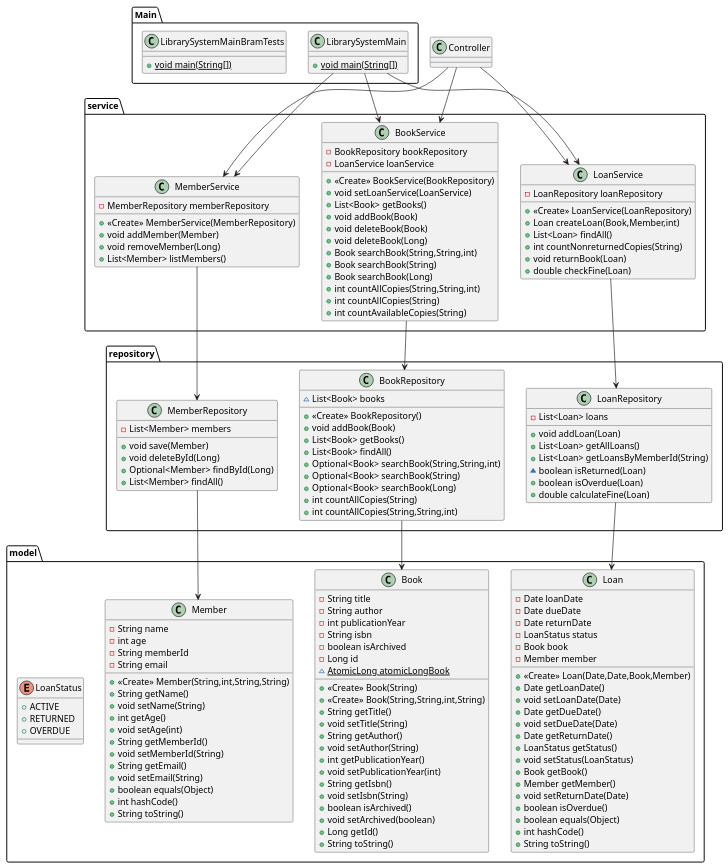
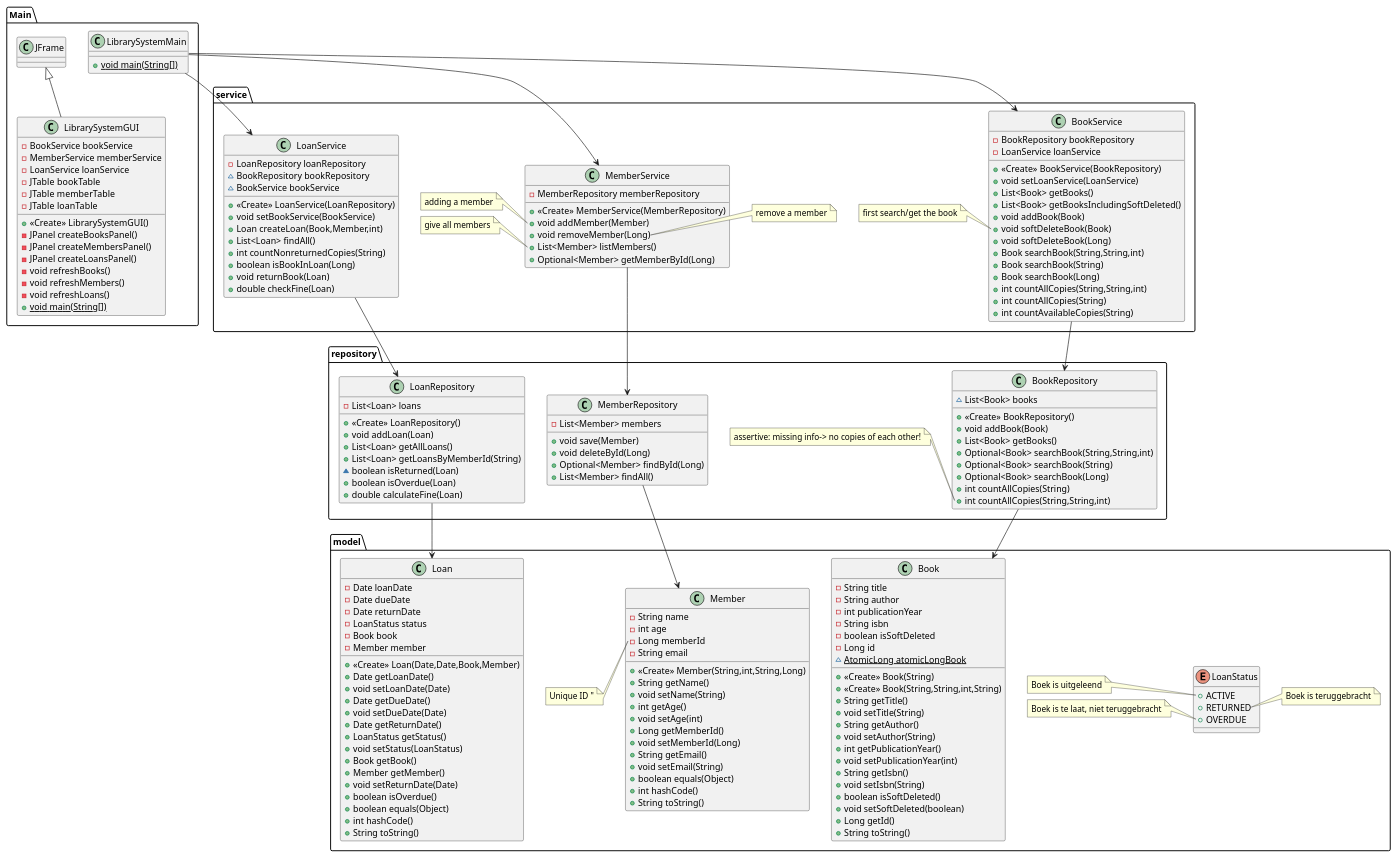
The diagram in src/uml/IntecPuntClassDiagramGenerated.puml (BramLab/IntecPunt), drawn with PlantUML before and after one commit. The commit also changed 1 other file, not shown here.

Commit message:
IntecPuntClassDiagramGenerated.puml

```diff
--- a/src/uml/IntecPuntClassDiagramGenerated.puml
+++ b/src/uml/IntecPuntClassDiagramGenerated.puml
@@ -3,10 +3,6 @@
 Main.LibrarySystemMain -> service.BookService
 Main.LibrarySystemMain --> service.MemberService
 Main.LibrarySystemMain --> service.LoanService
-
-Controller -> service.BookService
-Controller --> service.MemberService
-Controller --> service.LoanService
 
 service.BookService --> repository.BookRepository
 service.MemberService --> repository.MemberRepository
@@ -16,10 +12,141 @@
 repository.MemberRepository --> model.Member
 repository.LoanRepository --> model.Loan
 
+class repository.LoanRepository {
+- List<Loan> loans
++ <<Create>> LoanRepository()
++ void addLoan(Loan)
++ List<Loan> getAllLoans()
++ List<Loan> getLoansByMemberId(String)
+~ boolean isReturned(Loan)
++ boolean isOverdue(Loan)
++ double calculateFine(Loan)
+}
 
-class Main.LibrarySystemMainBramTests {
+
+class model.Book {
+- String title
+- String author
+- int publicationYear
+- String isbn
+- boolean isSoftDeleted
+- Long id
+~ {static} AtomicLong atomicLongBook
++ <<Create>> Book(String)
++ <<Create>> Book(String,String,int,String)
++ String getTitle()
++ void setTitle(String)
++ String getAuthor()
++ void setAuthor(String)
++ int getPublicationYear()
++ void setPublicationYear(int)
++ String getIsbn()
++ void setIsbn(String)
++ boolean isSoftDeleted()
++ void setSoftDeleted(boolean)
++ Long getId()
++ String toString()
+}
+
+
+class Main.LibrarySystemGUI {
+- BookService bookService
+- MemberService memberService
+- LoanService loanService
+- JTable bookTable
+- JTable memberTable
+- JTable loanTable
++ <<Create>> LibrarySystemGUI()
+- JPanel createBooksPanel()
+- JPanel createMembersPanel()
+- JPanel createLoansPanel()
+- void refreshBooks()
+- void refreshMembers()
+- void refreshLoans()
 + {static} void main(String[])
 }
+
+
+class service.LoanService {
+- LoanRepository loanRepository
+~ BookRepository bookRepository
+~ BookService bookService
++ <<Create>> LoanService(LoanRepository)
++ void setBookService(BookService)
++ Loan createLoan(Book,Member,int)
++ List<Loan> findAll()
++ int countNonreturnedCopies(String)
++ boolean isBookInLoan(Long)
++ void returnBook(Loan)
++ double checkFine(Loan)
+}
+
+
+class repository.MemberRepository {
+- List<Member> members
++ void save(Member)
++ void deleteById(Long)
++ Optional<Member> findById(Long)
++ List<Member> findAll()
+}
+
+
+enum model.LoanStatus {
++  ACTIVE
++  RETURNED
++  OVERDUE
+}
+note left of model.LoanStatus::ACTIVE
+ Boek is uitgeleend
+end note
+note right of model.LoanStatus::RETURNED
+ Boek is teruggebracht
+end note
+note left of model.LoanStatus::OVERDUE
+ Boek is te laat, niet teruggebracht
+end note
+
+class Main.LibrarySystemMain {
++ {static} void main(String[])
+}
+
+class service.BookService {
+- BookRepository bookRepository
+- LoanService loanService
++ <<Create>> BookService(BookRepository)
++ void setLoanService(LoanService)
++ List<Book> getBooks()
++ List<Book> getBooksIncludingSoftDeleted()
++ void addBook(Book)
++ void softDeleteBook(Book)
++ void softDeleteBook(Long)
++ Book searchBook(String,String,int)
++ Book searchBook(String)
++ Book searchBook(Long)
++ int countAllCopies(String,String,int)
++ int countAllCopies(String)
++ int countAvailableCopies(String)
+}
+
+note left of service.BookService::softDeleteBook(Book)
+ first search/get the book
+end note
+
+class repository.BookRepository {
+~ List<Book> books
++ <<Create>> BookRepository()
++ void addBook(Book)
++ List<Book> getBooks()
++ Optional<Book> searchBook(String,String,int)
++ Optional<Book> searchBook(String)
++ Optional<Book> searchBook(Long)
++ int countAllCopies(String)
++ int countAllCopies(String,String,int)
+}
+
+note left of repository.BookRepository::countAllCopies(String,String,int)
+ assertive: missing info-> no copies of each other!
+end note
 
 class model.Loan {
 - Date loanDate
@@ -46,108 +173,27 @@
 }
 
 
-class service.BookService {
-- BookRepository bookRepository
-- LoanService loanService
-+ <<Create>> BookService(BookRepository)
-+ void setLoanService(LoanService)
-+ List<Book> getBooks()
-+ void addBook(Book)
-+ void deleteBook(Book)
-+ void deleteBook(Long)
-+ Book searchBook(String,String,int)
-+ Book searchBook(String)
-+ Book searchBook(Long)
-+ int countAllCopies(String,String,int)
-+ int countAllCopies(String)
-+ int countAvailableCopies(String)
-}
-
-
-class repository.MemberRepository {
-- List<Member> members
-+ void save(Member)
-+ void deleteById(Long)
-+ Optional<Member> findById(Long)
-+ List<Member> findAll()
-}
-
-
-enum model.LoanStatus {
-+  ACTIVE
-+  RETURNED
-+  OVERDUE
-}
-
-class Main.LibrarySystemMain {
-+ {static} void main(String[])
-}
-
-class service.LoanService {
-- LoanRepository loanRepository
-+ <<Create>> LoanService(LoanRepository)
-+ Loan createLoan(Book,Member,int)
-+ List<Loan> findAll()
-+ int countNonreturnedCopies(String)
-+ void returnBook(Loan)
-+ double checkFine(Loan)
-}
-
-
-class model.Book {
-- String title
-- String author
-- int publicationYear
-- String isbn
-- boolean isArchived
-- Long id
-~ {static} AtomicLong atomicLongBook
-+ <<Create>> Book(String)
-+ <<Create>> Book(String,String,int,String)
-+ String getTitle()
-+ void setTitle(String)
-+ String getAuthor()
-+ void setAuthor(String)
-+ int getPublicationYear()
-+ void setPublicationYear(int)
-+ String getIsbn()
-+ void setIsbn(String)
-+ boolean isArchived()
-+ void setArchived(boolean)
-+ Long getId()
-+ String toString()
-}
-
-
-class repository.LoanRepository {
-- List<Loan> loans
-+ void addLoan(Loan)
-+ List<Loan> getAllLoans()
-+ List<Loan> getLoansByMemberId(String)
-~ boolean isReturned(Loan)
-+ boolean isOverdue(Loan)
-+ double calculateFine(Loan)
-}
-
-
 class model.Member {
 - String name
 - int age
-- String memberId
+- Long memberId
 - String email
-+ <<Create>> Member(String,int,String,String)
++ <<Create>> Member(String,int,String,Long)
 + String getName()
 + void setName(String)
 + int getAge()
 + void setAge(int)
-+ String getMemberId()
-+ void setMemberId(String)
++ Long getMemberId()
++ void setMemberId(Long)
 + String getEmail()
 + void setEmail(String)
 + boolean equals(Object)
 + int hashCode()
 + String toString()
 }
+note left of model.Member::memberId
+ Unique ID "
+end note
 
 
 class service.MemberService {
@@ -156,21 +202,20 @@
 + void addMember(Member)
 + void removeMember(Long)
 + List<Member> listMembers()
++ Optional<Member> getMemberById(Long)
 }
 
-
-class repository.BookRepository {
-~ List<Book> books
-+ <<Create>> BookRepository()
-+ void addBook(Book)
-+ List<Book> getBooks()
-+ List<Book> findAll()
-+ Optional<Book> searchBook(String,String,int)
-+ Optional<Book> searchBook(String)
-+ Optional<Book> searchBook(Long)
-+ int countAllCopies(String)
-+ int countAllCopies(String,String,int)
-}
+note left of service.MemberService::addMember(Member)
+ adding a member
+end note
+note right of service.MemberService::removeMember(Long)
+ remove a member
+end note
+note left of service.MemberService::listMembers()
+ give all members
+end note
 
 
+
+Main.JFrame <|-- Main.LibrarySystemGUI
 @enduml
```
